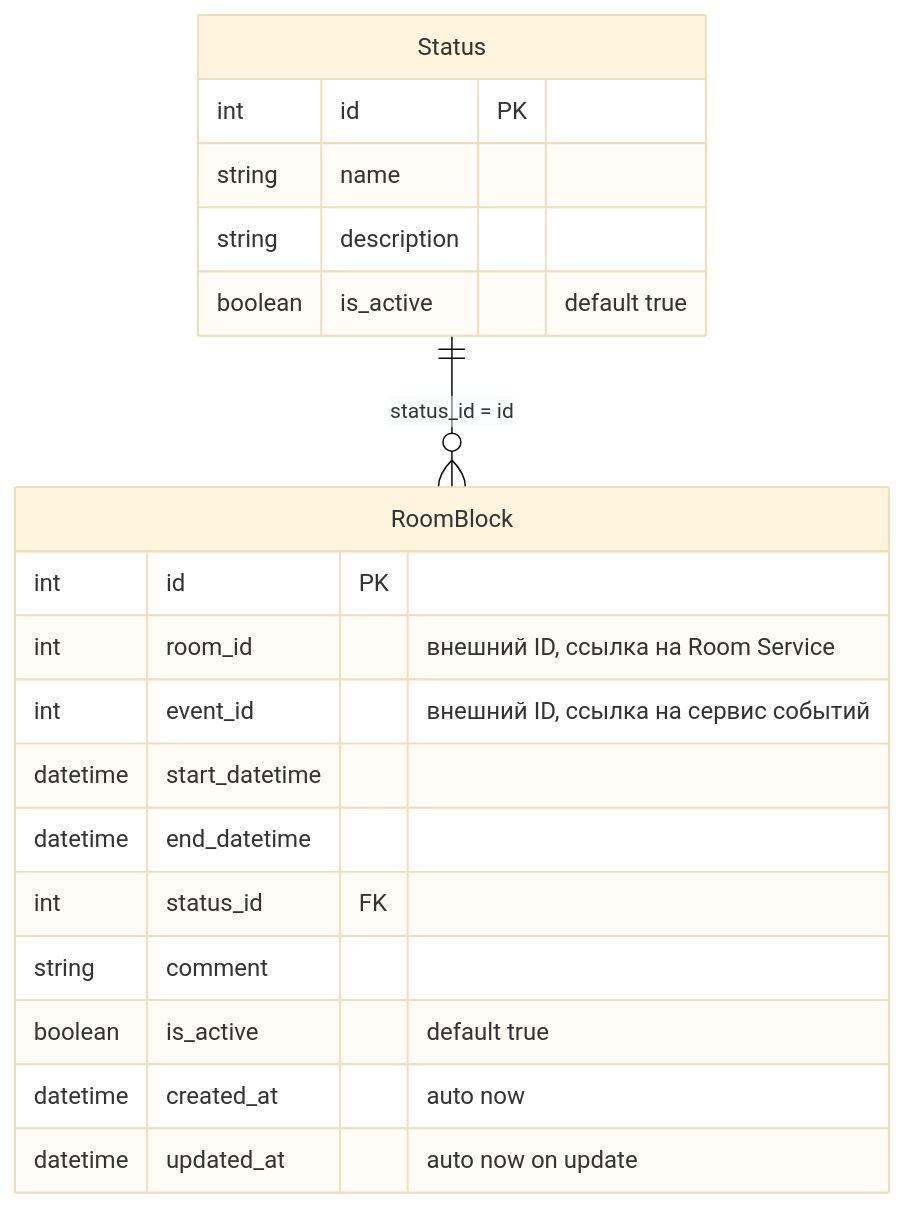
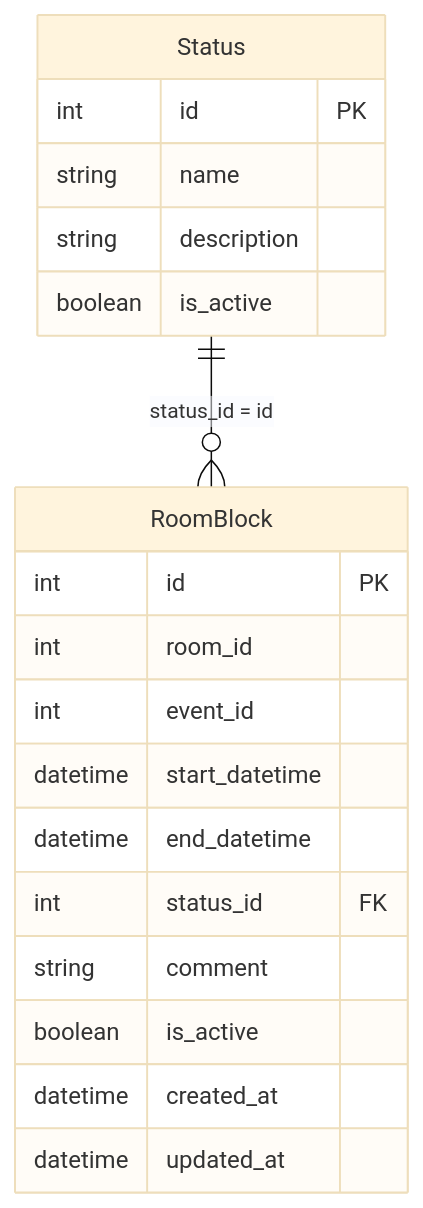
Before and after one commit to super122gg/KPK_UP2_23-1P9: the diagram in S24/doc.md, drawn with Mermaid (base theme).

````diff
--- a/S24/doc.md
+++ b/S24/doc.md
@@ -8,22 +8,22 @@
 ```mermaid
 erDiagram
     Status {
         int id PK
         string name
         string description
-        boolean is_active "default true"
+        boolean is_active
     }
     RoomBlock {
         int id PK
-        int room_id "внешний ID, ссылка на Room Service"
-        int event_id "внешний ID, ссылка на сервис событий"
+        int room_id
+        int event_id
         datetime start_datetime
         datetime end_datetime
         int status_id FK
         string comment
-        boolean is_active "default true"
-        datetime created_at "auto now"
-        datetime updated_at "auto now on update"
+        boolean is_active
+        datetime created_at
+        datetime updated_at
     }
     Status ||--o{ RoomBlock : "status_id = id"
 ```
````
